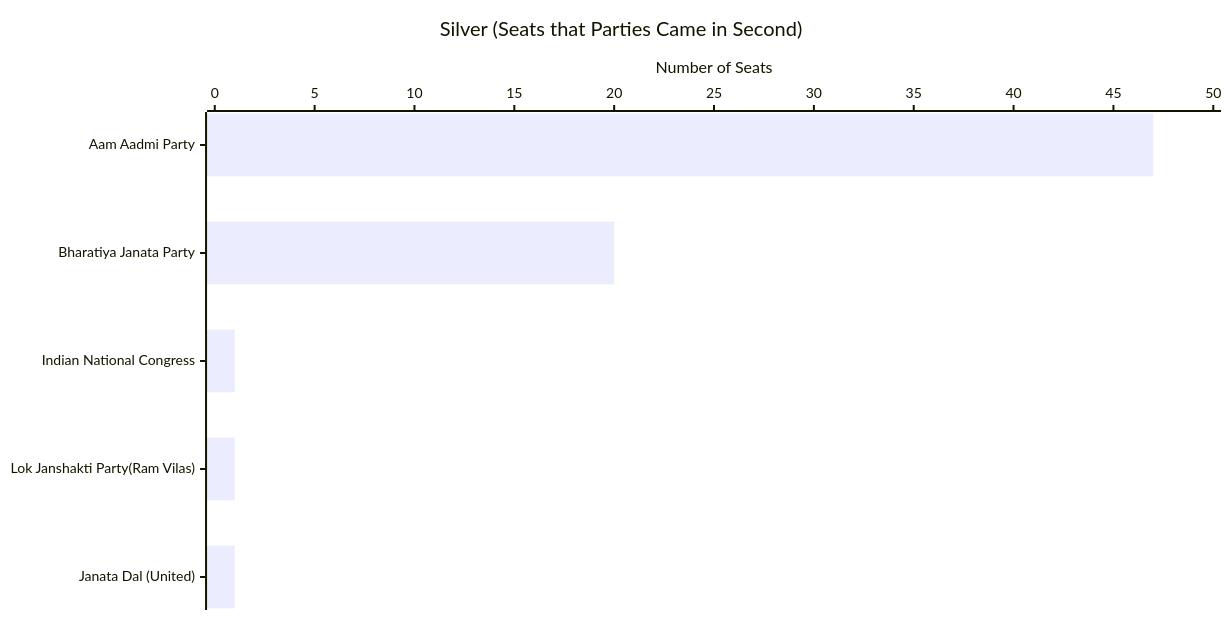
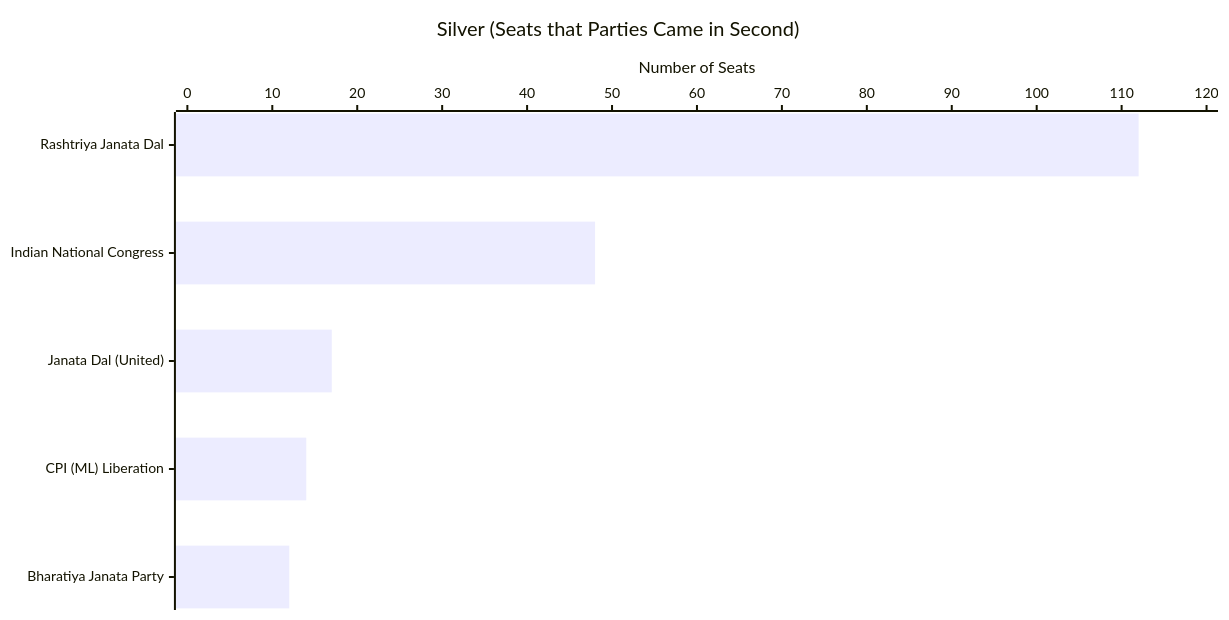
One commit to arjunswaj/elections changed diagram 17 of 23 in BIHAR-GRAPH.md. Above: the diagram before and after it, drawn with Mermaid. The commit also changed other lines of this file and 3 other files, not shown here.

````diff
--- a/BIHAR-GRAPH.md
+++ b/BIHAR-GRAPH.md
@@ -350,17 +350,17 @@
 ```mermaid
 ---
 config:
     xyChart:
         width: 1200
         height: 600
         chartOrientation: horizontal
         dataLabels:
             enabled: true
             placement: end
 ---
 xychart-beta
     title "Silver (Seats that Parties Came in Second)"
-    x-axis ["Aam Aadmi Party", "Bharatiya Janata Party", "Indian National Congress", "Lok Janshakti Party(Ram Vilas)", "Janata Dal (United)"]
-    y-axis "Number of Seats" 0 --> 50
-    bar [47, 20, 1, 1, 1]
+    x-axis ["Rashtriya Janata Dal", "Indian National Congress", "Janata Dal (United)", "CPI (ML) Liberation", "Bharatiya Janata Party"]
+    y-axis "Number of Seats" 0 --> 120
+    bar [112, 48, 17, 14, 12]
 ```
````
